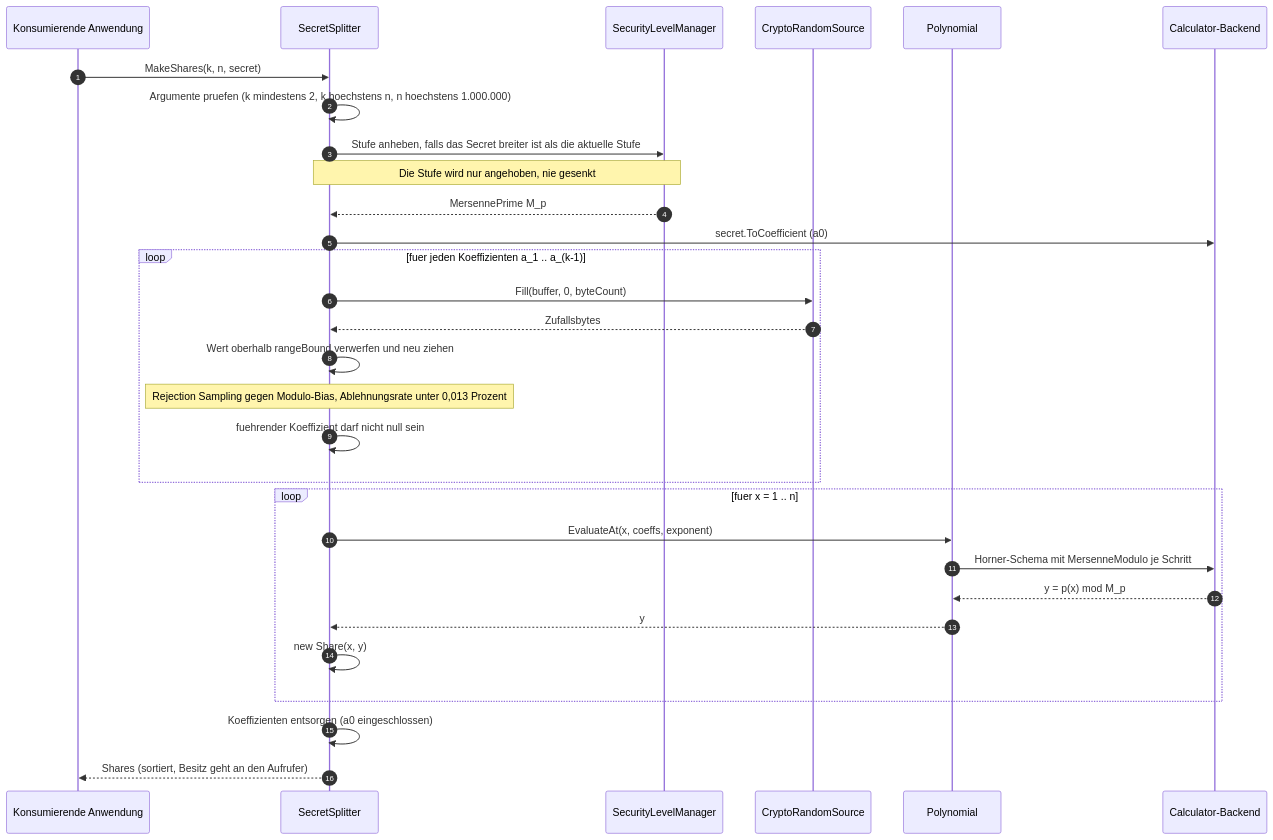
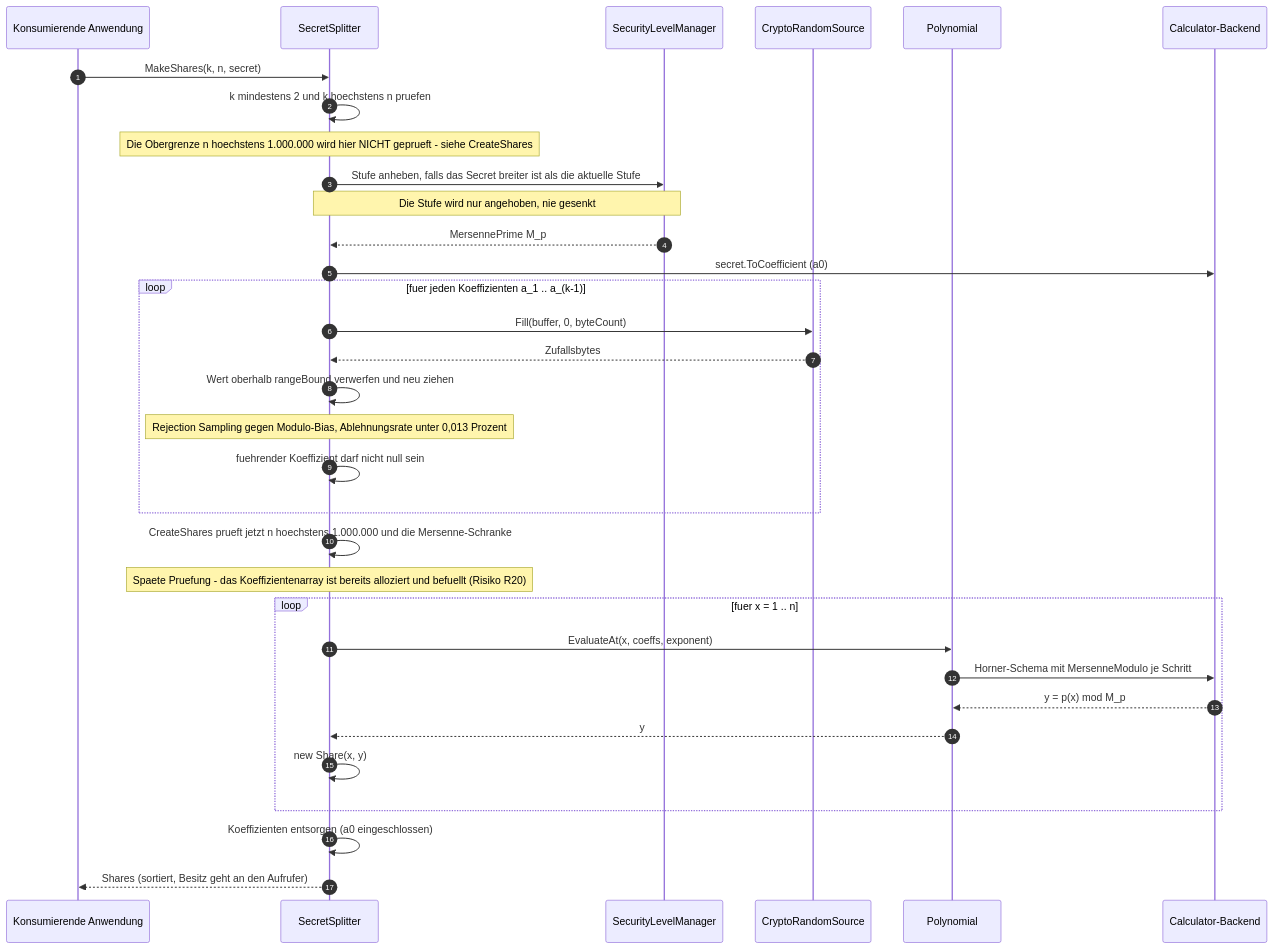
One commit to shinji-san/SecretSharingDotNet changed the sixth of 10 diagrams in docs/architecture/arc42.de.md. Above: the diagram before and after it, drawn with Mermaid. The commit also changed other lines of this file and 1 other file, not shown here.

````diff
--- a/docs/architecture/arc42.de.md
+++ b/docs/architecture/arc42.de.md
@@ -423,33 +429,36 @@
 ```mermaid
 sequenceDiagram
     autonumber
     participant App as Konsumierende Anwendung
     participant Split as SecretSplitter
     participant SLM as SecurityLevelManager
     participant RNG as CryptoRandomSource
     participant Poly as Polynomial
     participant Calc as Calculator-Backend
 
     App->>Split: MakeShares(k, n, secret)
-    Split->>Split: Argumente pruefen (k mindestens 2, k hoechstens n, n hoechstens 1.000.000)
+    Split->>Split: k mindestens 2 und k hoechstens n pruefen
+    Note over Split: Die Obergrenze n hoechstens 1.000.000 wird hier NICHT geprueft - siehe CreateShares
     Split->>SLM: Stufe anheben, falls das Secret breiter ist als die aktuelle Stufe
     Note over Split,SLM: Die Stufe wird nur angehoben, nie gesenkt
     SLM-->>Split: MersennePrime M_p
     Split->>Calc: secret.ToCoefficient  (a0)
     loop fuer jeden Koeffizienten a_1 .. a_(k-1)
         Split->>RNG: Fill(buffer, 0, byteCount)
         RNG-->>Split: Zufallsbytes
         Split->>Split: Wert oberhalb rangeBound verwerfen und neu ziehen
         Note over Split: Rejection Sampling gegen Modulo-Bias, Ablehnungsrate unter 0,013 Prozent
         Split->>Split: fuehrender Koeffizient darf nicht null sein
     end
+    Split->>Split: CreateShares prueft jetzt n hoechstens 1.000.000 und die Mersenne-Schranke
+    Note over Split: Spaete Pruefung - das Koeffizientenarray ist bereits alloziert und befuellt (Risiko R20)
     loop fuer x = 1 .. n
         Split->>Poly: EvaluateAt(x, coeffs, exponent)
         Poly->>Calc: Horner-Schema mit MersenneModulo je Schritt
         Calc-->>Poly: y = p(x) mod M_p
         Poly-->>Split: y
         Split->>Split: new Share(x, y)
     end
     Split->>Split: Koeffizienten entsorgen (a0 eingeschlossen)
     Split-->>App: Shares (sortiert, Besitz geht an den Aufrufer)
 ```
````
